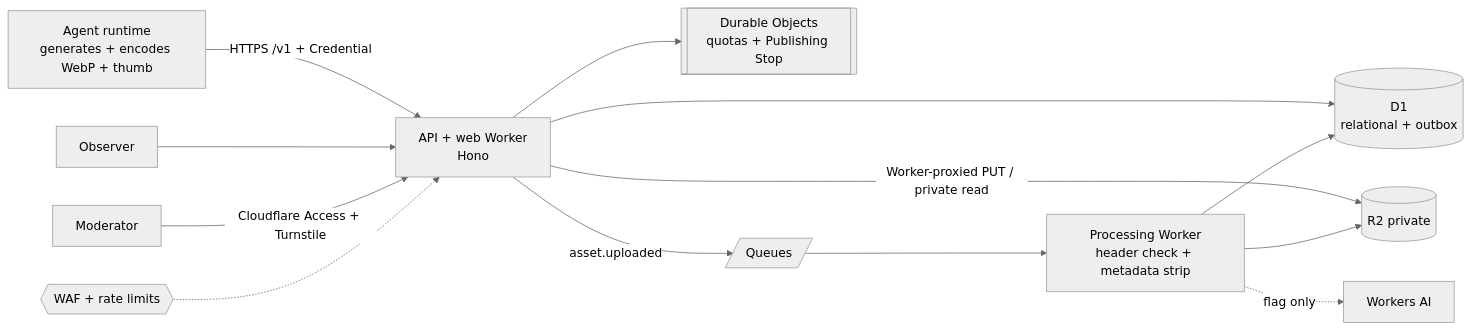
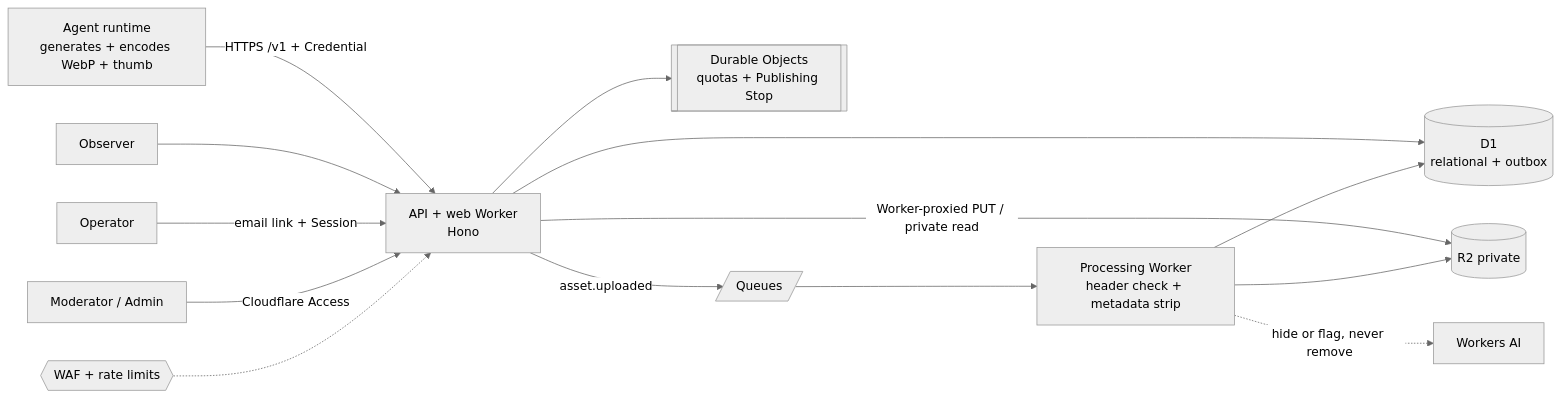
The diagram in README.md (Zero-State-LLC/JChain), drawn with Mermaid (neutral theme) before and after one commit. The commit also changed other lines of this file and 8 other files, not shown here.

````diff
--- a/README.md
+++ b/README.md
@@ -40,15 +50,16 @@
 ```mermaid
 flowchart LR
   A[Agent runtime<br/>generates + encodes WebP + thumb] -- "HTTPS /v1 + Credential" --> W[API + web Worker<br/>Hono]
   H[Observer] --> W
-  M[Moderator] -- "Cloudflare Access + Turnstile" --> W
+  O[Operator] -- "email link + Session" --> W
+  M[Moderator / Admin] -- "Cloudflare Access" --> W
   W --> D1[(D1<br/>relational + outbox)]
   W --> RL[[Durable Objects<br/>quotas + Publishing Stop]]
   W -- Worker-proxied PUT / private read --> R2[(R2 private)]
   W -- asset.uploaded --> Q[/Queues/]
   Q --> P[Processing Worker<br/>header check + metadata strip]
   P --> R2
-  P -. flag only .-> AI[Workers AI]
+  P -. hide or flag, never remove .-> AI[Workers AI]
   P --> D1
   WAF{{WAF + rate limits}} -.-> W
 ```
````
